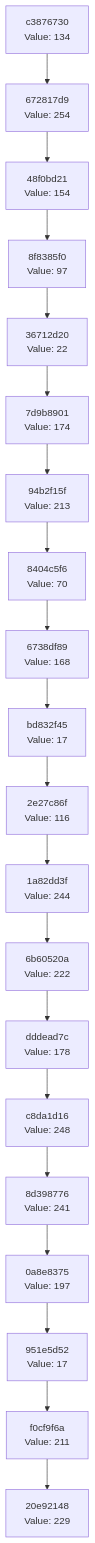
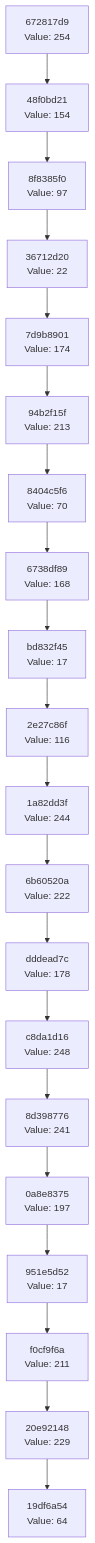
The diagram in docs/CHAIN_VISUALIZATION.md (Abhisheksinha1506/hash-chain-evolver), drawn with Mermaid before and after one commit. The commit also changed 3 other files, not shown here.

````diff
--- a/docs/CHAIN_VISUALIZATION.md
+++ b/docs/CHAIN_VISUALIZATION.md
@@ -3,42 +3,42 @@
 ```mermaid
 graph TD
-    C0["20e92148<br/>Value: 229"]
-    C1["f0cf9f6a<br/>Value: 211"]
+    C0["19df6a54<br/>Value: 64"]
+    C1["20e92148<br/>Value: 229"]
     C1 --> C0
-    C2["951e5d52<br/>Value: 17"]
+    C2["f0cf9f6a<br/>Value: 211"]
     C2 --> C1
-    C3["0a8e8375<br/>Value: 197"]
+    C3["951e5d52<br/>Value: 17"]
     C3 --> C2
-    C4["8d398776<br/>Value: 241"]
+    C4["0a8e8375<br/>Value: 197"]
     C4 --> C3
-    C5["c8da1d16<br/>Value: 248"]
+    C5["8d398776<br/>Value: 241"]
     C5 --> C4
-    C6["dddead7c<br/>Value: 178"]
+    C6["c8da1d16<br/>Value: 248"]
     C6 --> C5
-    C7["6b60520a<br/>Value: 222"]
+    C7["dddead7c<br/>Value: 178"]
     C7 --> C6
-    C8["1a82dd3f<br/>Value: 244"]
+    C8["6b60520a<br/>Value: 222"]
     C8 --> C7
-    C9["2e27c86f<br/>Value: 116"]
+    C9["1a82dd3f<br/>Value: 244"]
     C9 --> C8
-    C10["bd832f45<br/>Value: 17"]
+    C10["2e27c86f<br/>Value: 116"]
     C10 --> C9
-    C11["6738df89<br/>Value: 168"]
+    C11["bd832f45<br/>Value: 17"]
     C11 --> C10
-    C12["8404c5f6<br/>Value: 70"]
+    C12["6738df89<br/>Value: 168"]
     C12 --> C11
-    C13["94b2f15f<br/>Value: 213"]
+    C13["8404c5f6<br/>Value: 70"]
     C13 --> C12
-    C14["7d9b8901<br/>Value: 174"]
+    C14["94b2f15f<br/>Value: 213"]
     C14 --> C13
-    C15["36712d20<br/>Value: 22"]
+    C15["7d9b8901<br/>Value: 174"]
     C15 --> C14
-    C16["8f8385f0<br/>Value: 97"]
+    C16["36712d20<br/>Value: 22"]
     C16 --> C15
-    C17["48f0bd21<br/>Value: 154"]
+    C17["8f8385f0<br/>Value: 97"]
     C17 --> C16
-    C18["672817d9<br/>Value: 254"]
+    C18["48f0bd21<br/>Value: 154"]
     C18 --> C17
-    C19["c3876730<br/>Value: 134"]
+    C19["672817d9<br/>Value: 254"]
     C19 --> C18
 ```
````
